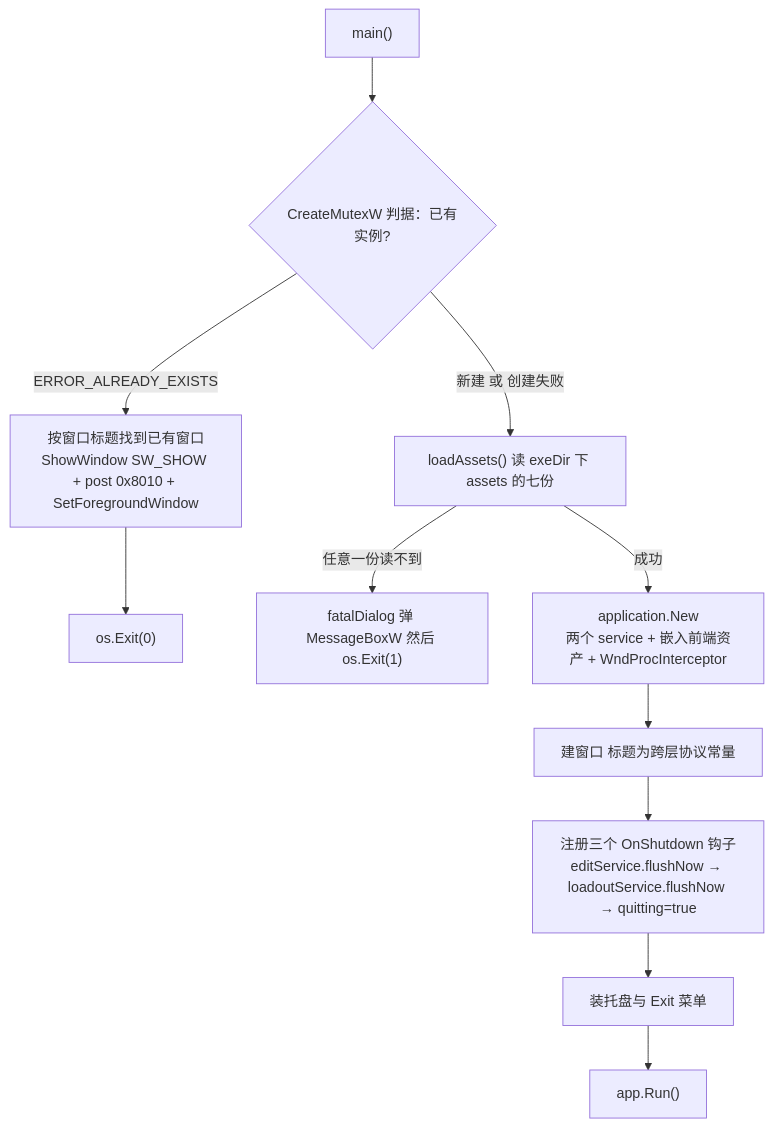
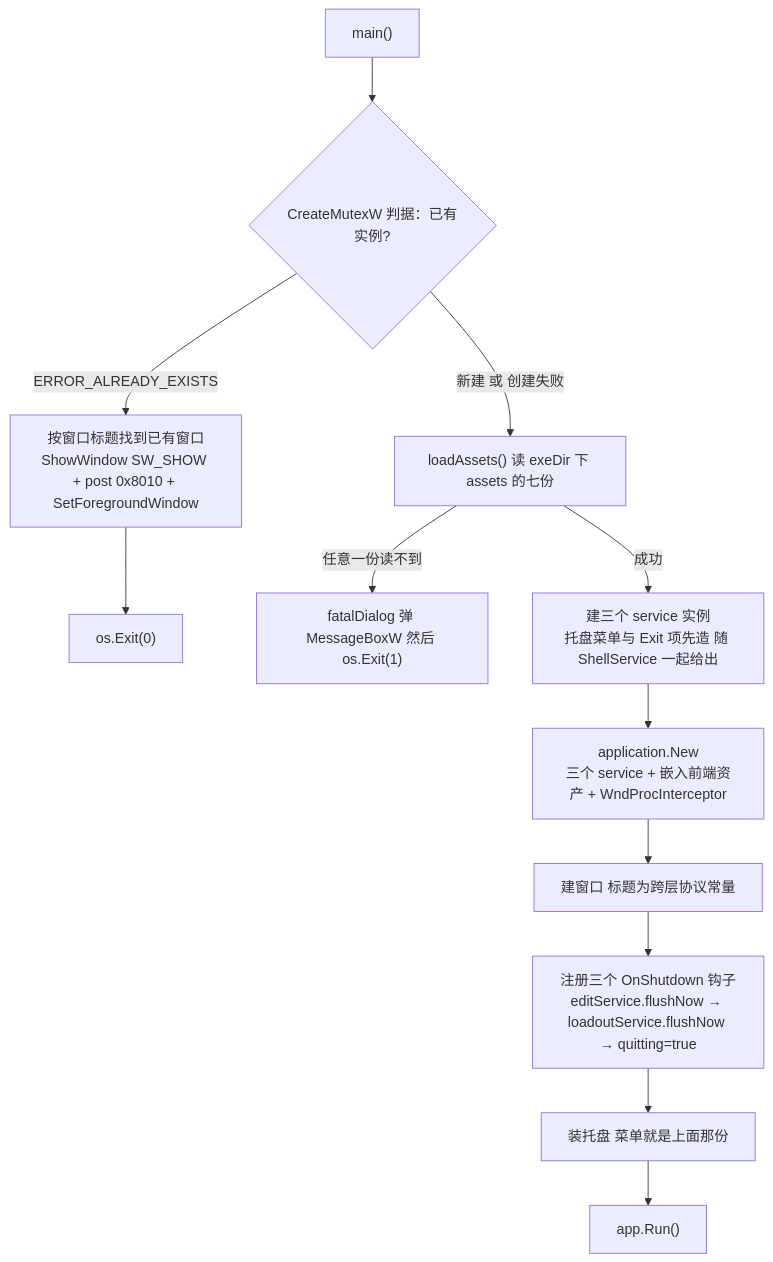
Before and after one commit to baagod/GBFR-Sigil-Loadout: the first of 3 diagrams in openwiki/architecture/visual-tool.md, drawn with Mermaid. The commit also changed other lines of this file and 36 other files, not shown here.

````diff
--- a/openwiki/architecture/visual-tool.md
+++ b/openwiki/architecture/visual-tool.md
@@ -63,13 +67,14 @@
 ```mermaid
 flowchart TD
     Main["main()"] --> Single{"CreateMutexW 判据：已有实例?"}
     Single -->|"ERROR_ALREADY_EXISTS"| Activate["按窗口标题找到已有窗口<br/>ShowWindow SW_SHOW + post 0x8010 + SetForegroundWindow"]
     Activate --> ExitZero["os.Exit(0)"]
     Single -->|"新建 或 创建失败"| Load["loadAssets() 读 exeDir 下 assets 的七份"]
     Load -->|"任意一份读不到"| Bad["fatalDialog 弹 MessageBoxW 然后 os.Exit(1)"]
-    Load -->|"成功"| Assemble["application.New<br/>两个 service + 嵌入前端资产 + WndProcInterceptor"]
+    Load -->|"成功"| Services["建三个 service 实例<br/>托盘菜单与 Exit 项先造 随 ShellService 一起给出"]
+    Services --> Assemble["application.New<br/>三个 service + 嵌入前端资产 + WndProcInterceptor"]
     Assemble --> Window["建窗口 标题为跨层协议常量"]
     Window --> Hooks["注册三个 OnShutdown 钩子<br/>editService.flushNow → loadoutService.flushNow → quitting=true"]
-    Hooks --> Tray["装托盘与 Exit 菜单"]
+    Hooks --> Tray["装托盘 菜单就是上面那份"]
     Tray --> Run["app.Run()"]
 ```
````
